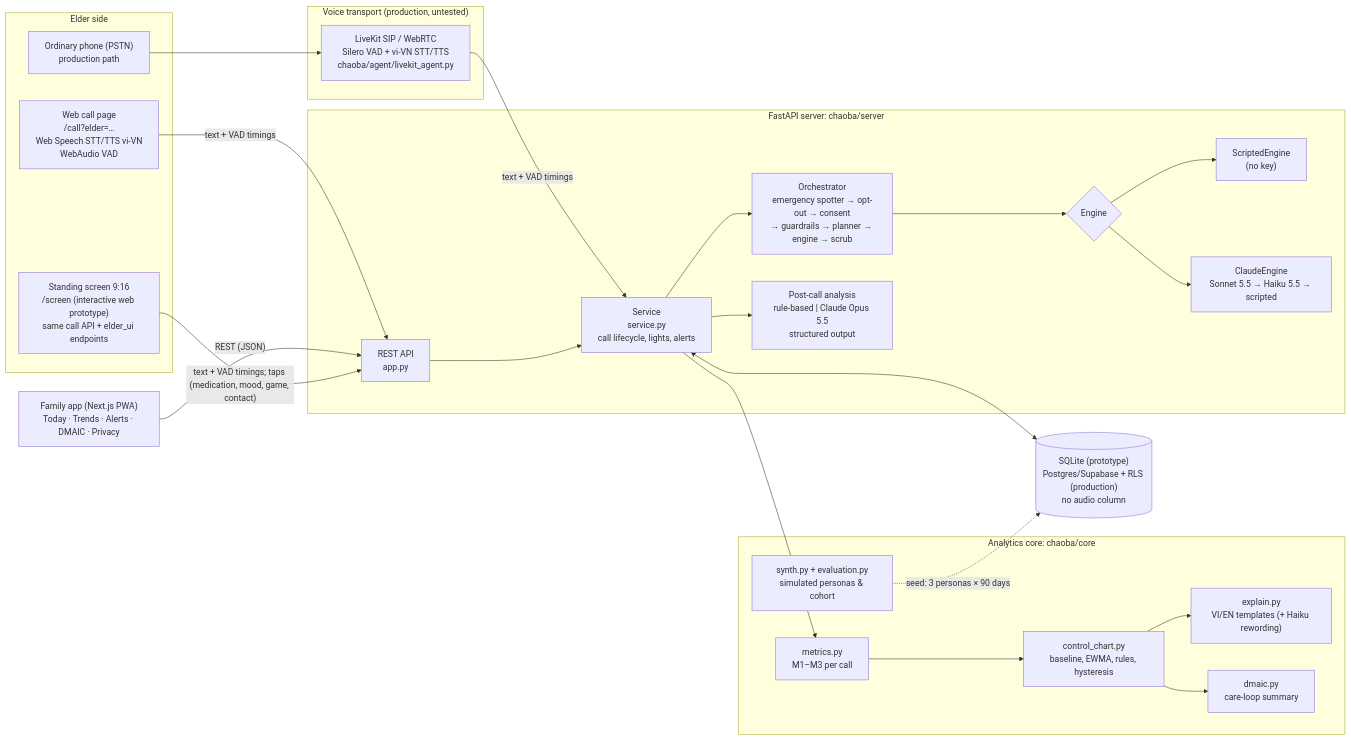
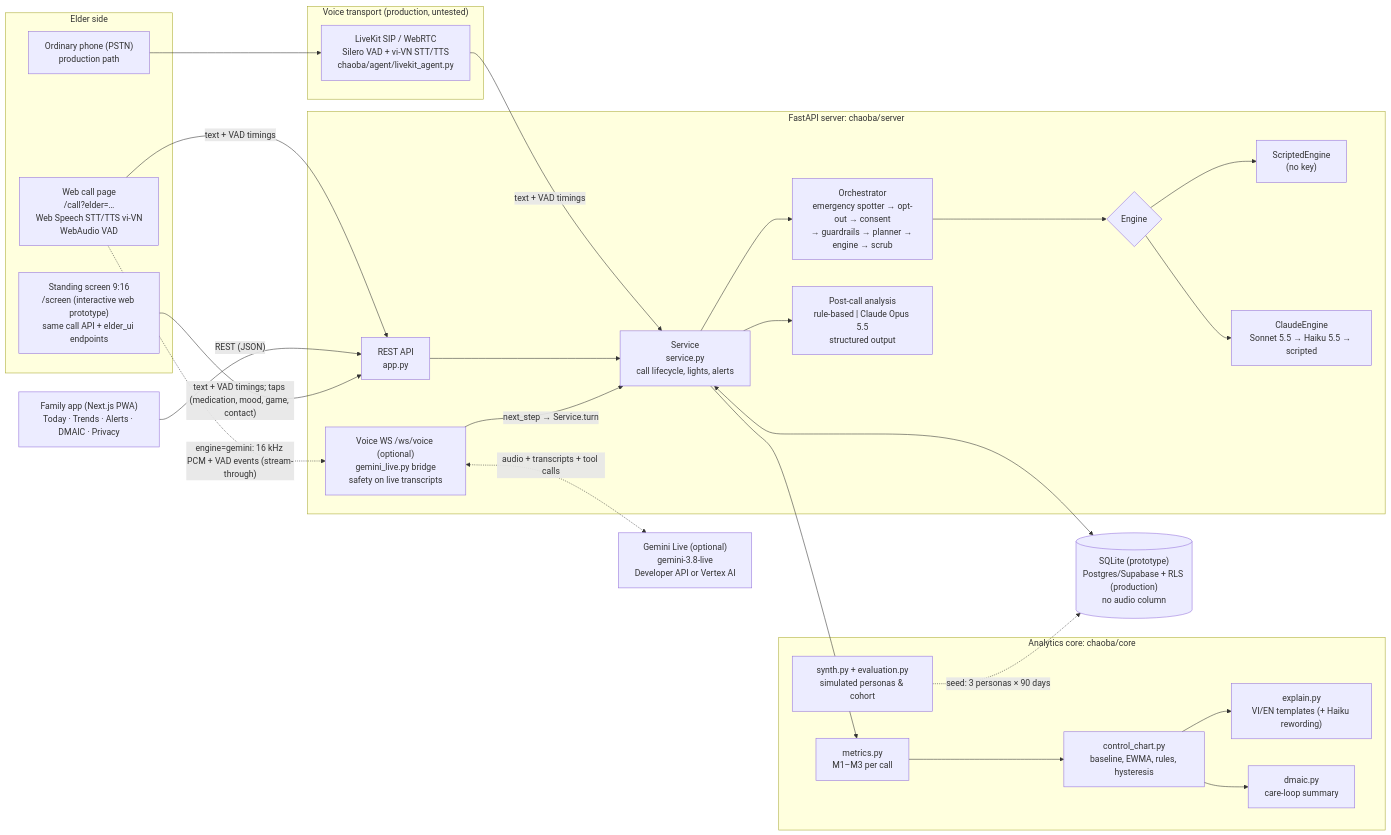
Before and after one commit to TinhVoLab/Chao-ba: the first of 2 diagrams in docs/TECHNICAL_DOCUMENTATION.md, drawn with Mermaid. The commit also changed other lines of this file and 26 other files, not shown here.

Commit message:
Add optional Gemini Live voice engine (server-side proxy, orchestrator-driven tools, safety interception, benchmark)

````diff
--- a/docs/TECHNICAL_DOCUMENTATION.md
+++ b/docs/TECHNICAL_DOCUMENTATION.md
@@ -86,47 +86,53 @@
 ```mermaid
 flowchart LR
   subgraph Elder["Elder side"]
     WEB["Web call page<br/>/call?elder=…<br/>Web Speech STT/TTS vi-VN<br/>WebAudio VAD"]
     PHONE["Ordinary phone (PSTN)<br/>production path"]
     SCREEN["Standing screen 9:16<br/>/screen (interactive web prototype)<br/>same call API + elder_ui endpoints"]
   end
 
   subgraph Voice["Voice transport (production, untested)"]
     LK["LiveKit SIP / WebRTC<br/>Silero VAD + vi-VN STT/TTS<br/>chaoba/agent/livekit_agent.py"]
   end
 
   subgraph API["FastAPI server: chaoba/server"]
     REST["REST API<br/>app.py"]
     SVC["Service<br/>service.py<br/>call lifecycle, lights, alerts"]
     ORCH["Orchestrator<br/>emergency spotter → opt-out → consent<br/>→ guardrails → planner → engine → scrub"]
     ENG{"Engine"}
     SCR["ScriptedEngine<br/>(no key)"]
     CL["ClaudeEngine<br/>Sonnet 5.5 → Haiku 5.5 → scripted"]
     ANA["Post-call analysis<br/>rule-based | Claude Opus 5.5<br/>structured output"]
+    LIVE["Voice WS /ws/voice (optional)<br/>gemini_live.py bridge<br/>safety on live transcripts"]
   end
+
+  GEM["Gemini Live (optional)<br/>gemini-3.8-live<br/>Developer API or Vertex AI"]
 
   subgraph Core["Analytics core: chaoba/core"]
     MET["metrics.py<br/>M1–M3 per call"]
     CC["control_chart.py<br/>baseline, EWMA, rules, hysteresis"]
     EXP["explain.py<br/>VI/EN templates (+ Haiku rewording)"]
     DM["dmaic.py<br/>care-loop summary"]
     SYN["synth.py + evaluation.py<br/>simulated personas & cohort"]
   end
 
   DB[("SQLite (prototype)<br/>Postgres/Supabase + RLS (production)<br/>no audio column")]
   FAM["Family app (Next.js PWA)<br/>Today · Trends · Alerts · DMAIC · Privacy"]
 
   WEB -->|"text + VAD timings"| REST
   PHONE --> LK
   LK -->|"text + VAD timings"| SVC
   REST --> SVC --> ORCH --> ENG
   ENG --> SCR
   ENG --> CL
   SVC --> ANA
   SVC --> MET --> CC --> EXP
   CC --> DM
   SVC <--> DB
   SYN -.->|"seed: 3 personas × 90 days"| DB
   FAM -->|"REST (JSON)"| REST
+  WEB -.->|"engine=gemini: 16 kHz PCM + VAD events (stream-through)"| LIVE
+  LIVE <-.->|"audio + transcripts + tool calls"| GEM
+  LIVE -->|"next_step → Service.turn"| SVC
   SCREEN -->|"text + VAD timings; taps (medication, mood, game, contact)"| REST
 ```
````
